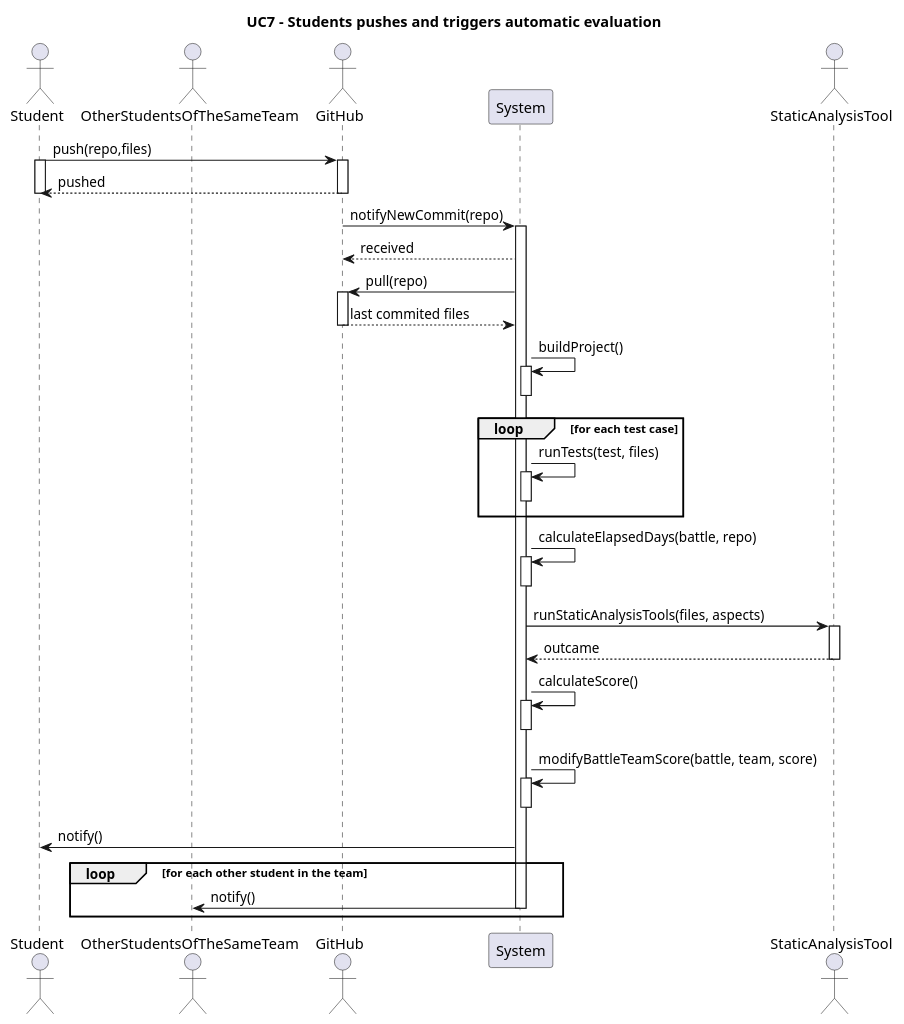
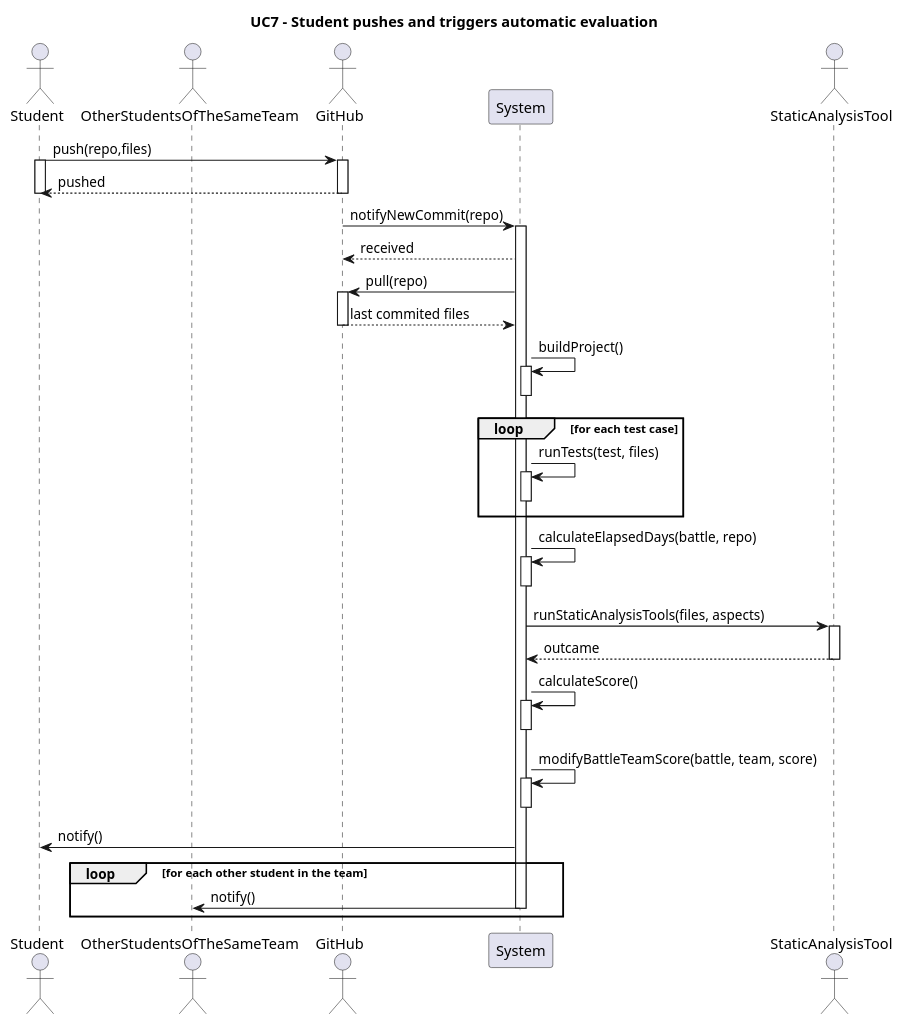
The diagram in rasd/puml/UC7.puml (Furrrlo/CodeKataBattle), drawn with PlantUML before and after one commit. The commit also changed 8 other files, not shown here.

```diff
--- a/rasd/puml/UC7.puml
+++ b/rasd/puml/UC7.puml
@@ -1,45 +1,45 @@
 @startuml UC7
-title UC7 - Students pushes and triggers automatic evaluation
+title UC7 - Student pushes and triggers automatic evaluation
 actor Student
 actor OtherStudentsOfTheSameTeam
 actor GitHub
 participant System
 actor StaticAnalysisTool
 
 Student -> GitHub ++ : push(repo,files)
 activate Student
 GitHub --> Student --: pushed
 deactivate Student
 
 
 GitHub -> System ++ : notifyNewCommit(repo)
 
 System --> GitHub : received
 
 System -> GitHub ++ : pull(repo)
 GitHub --> System --: last commited files
 
 System -> System ++--: buildProject()
 
 loop for each test case
     System -> System ++--: runTests(test, files)
 end
 
 System -> System ++--: calculateElapsedDays(battle, repo)
 
 System -> StaticAnalysisTool ++: runStaticAnalysisTools(files, aspects)
 StaticAnalysisTool --> System -- : outcame
 
 
 System -> System ++--: calculateScore()
 
 System -> System ++--: modifyBattleTeamScore(battle, team, score)
 
 System -> Student: notify()
 loop for each other student in the team
     System -> OtherStudentsOfTheSameTeam: notify()
     deactivate System
 end
 
 
 @enduml
```
